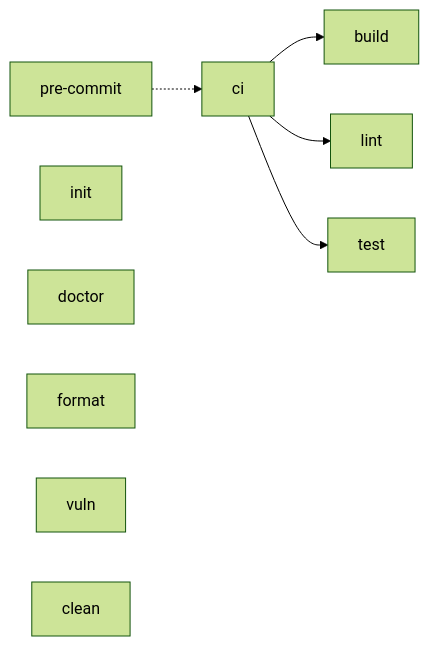
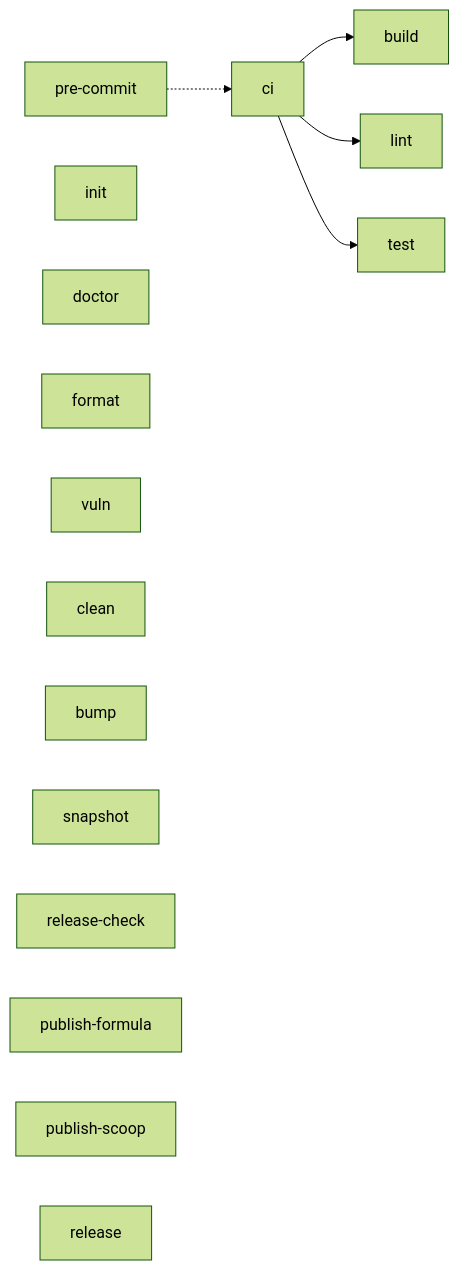
The diagram in Makefile.md (lolay/ghx), drawn with Mermaid (forest theme) before and after one commit. The commit also changed other lines of this file and 25 other files, not shown here.

````diff
--- a/Makefile.md
+++ b/Makefile.md
@@ -10,13 +10,19 @@
 ```mermaid
 graph LR
     ci --> build
     ci --> lint
     ci --> test
     pre-commit -.-> ci
 
     init
     doctor
     format
     vuln
     clean
+    bump
+    snapshot
+    release-check
+    publish-formula
+    publish-scoop
+    release
 ```
````
